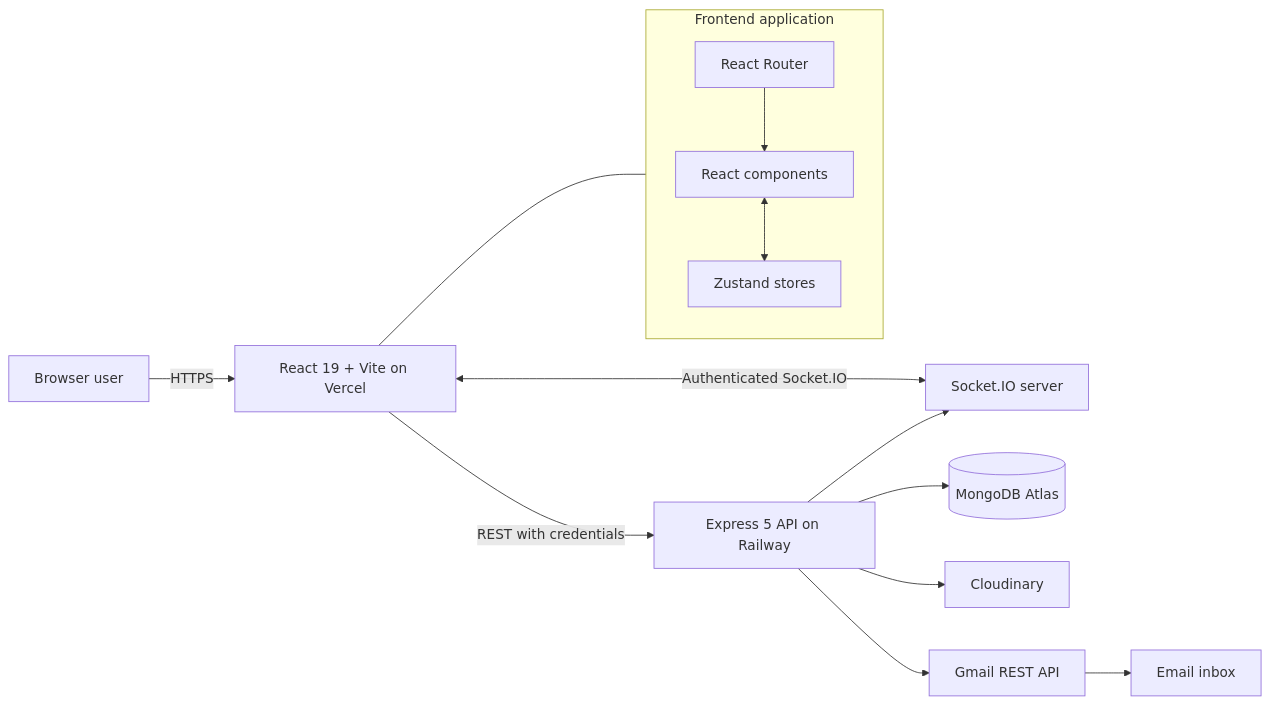
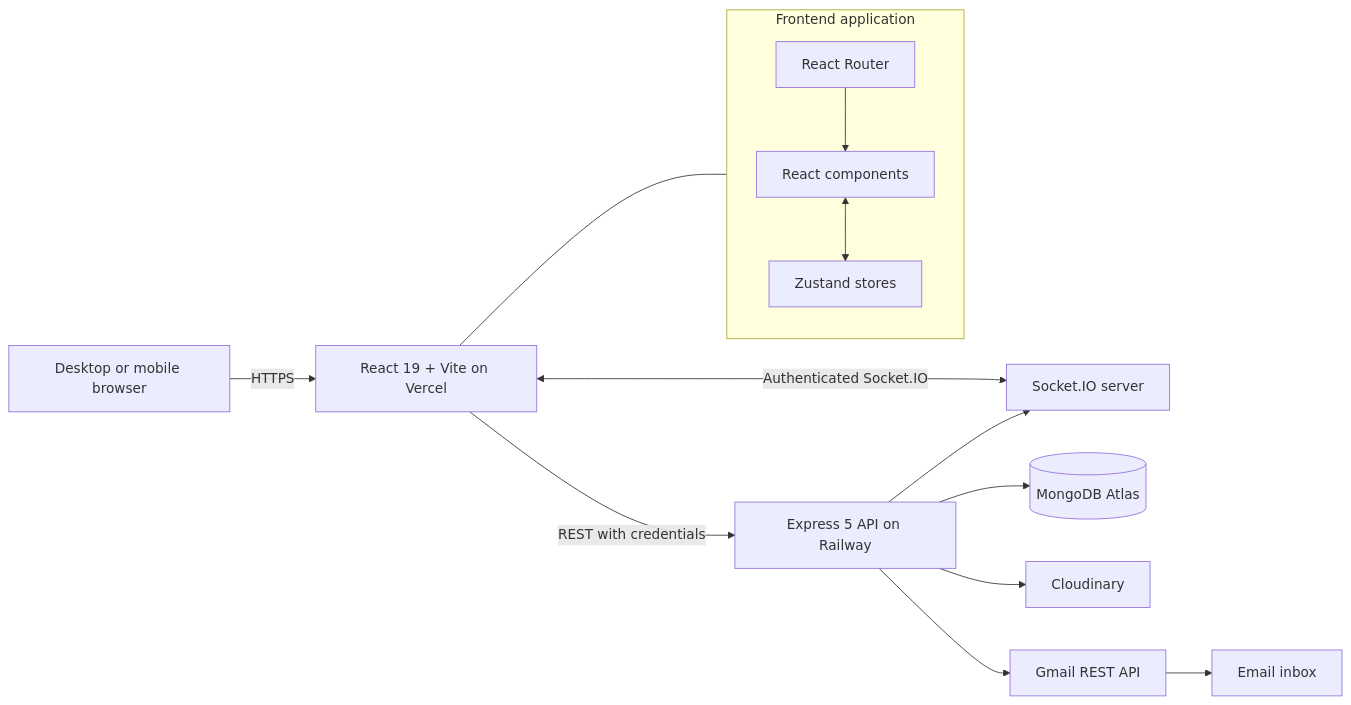
One commit to Saurav11343/click-chat changed the first of 7 diagrams in docs/02-system-architecture.md. Above: the diagram before and after it, drawn with Mermaid. The commit also changed other lines of this file and 6 other files, not shown here.

````diff
--- a/docs/02-system-architecture.md
+++ b/docs/02-system-architecture.md
@@ -5,21 +5,21 @@
 ```mermaid
 flowchart LR
-    U["Browser user"] -->|"HTTPS"| V["React 19 + Vite on Vercel"]
+    U["Desktop or mobile browser"] -->|"HTTPS"| V["React 19 + Vite on Vercel"]
     V -->|"REST with credentials"| E["Express 5 API on Railway"]
     V <-->|"Authenticated Socket.IO"| S["Socket.IO server"]
     E --> M[("MongoDB Atlas")]
     E --> C["Cloudinary"]
     E --> G["Gmail REST API"]
     G --> I["Email inbox"]
     E --> S
 
     subgraph Client["Frontend application"]
       R["React Router"]
       Z["Zustand stores"]
       UI["React components"]
       R --> UI
       UI <--> Z
     end
 
     V --- Client
 ```
````
